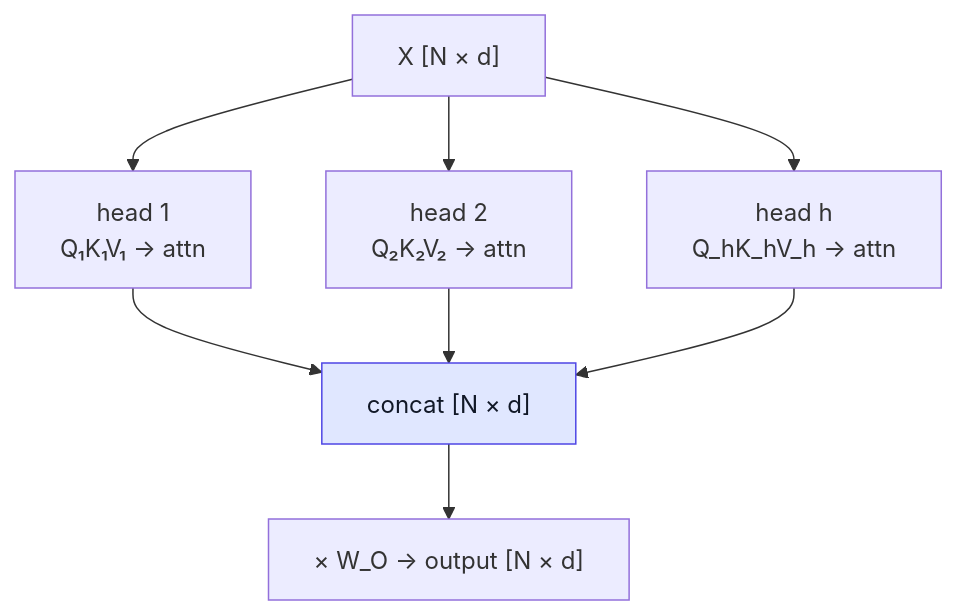
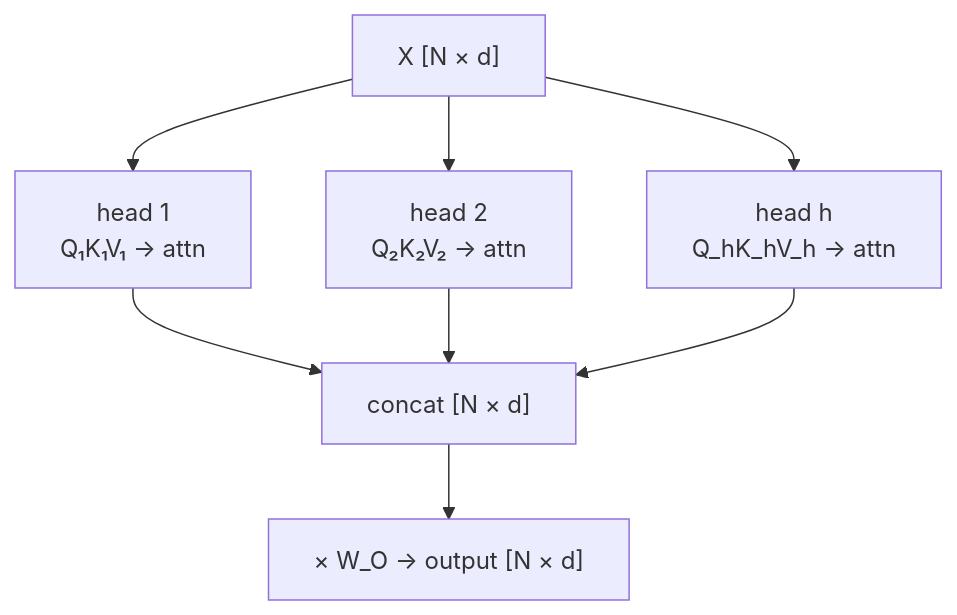
The sixth of 10 diagrams in docs/foundations/transformer-from-scratch.md (youyun8/deep-kernel-handbook), drawn with Mermaid before and after one commit. The commit also changed other lines of this file and 9 other files, not shown here.

Commit message:
docs: theme Mermaid diagrams via CSS instead of baked classDef colors

````diff
--- a/docs/foundations/transformer-from-scratch.md
+++ b/docs/foundations/transformer-from-scratch.md
@@ -162,12 +158,11 @@
 ```mermaid
 flowchart TD
     X["X [N × d]"] --> H1["head 1<br/>Q₁K₁V₁ → attn"]
     X --> H2["head 2<br/>Q₂K₂V₂ → attn"]
     X --> H3["head h<br/>Q_hK_hV_h → attn"]
     H1 --> C["concat [N × d]"]
     H2 --> C
     H3 --> C
     C --> O["× W_O → output [N × d]"]
     class C accIndigo;
-    classDef accIndigo fill:#e0e7ff,stroke:#4f46e5,color:#111827;
 ```
````
